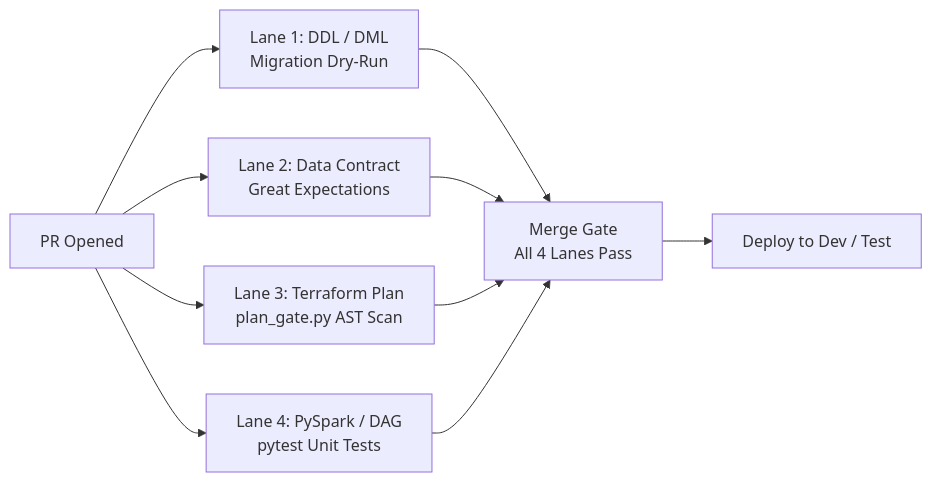
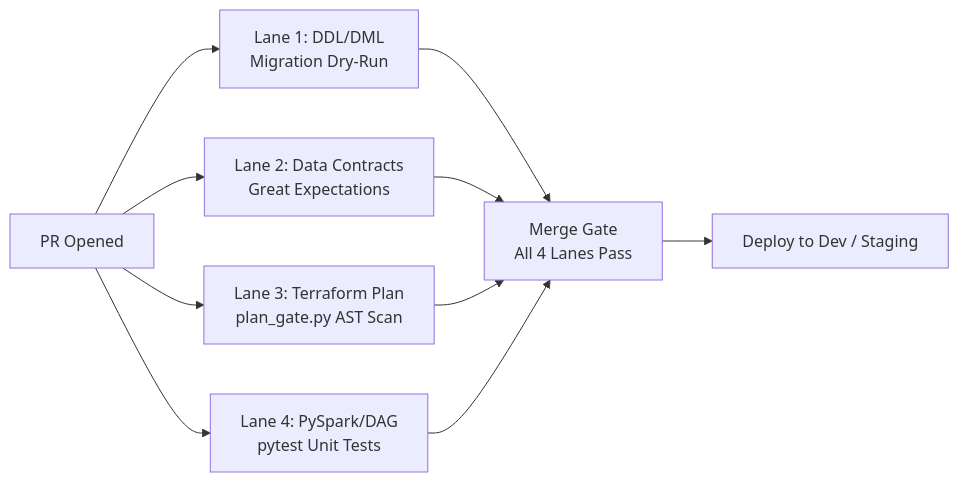
The diagram in tasks/new_prd_for_architect.md (PROGRAMMER-DUMMY/minusops), drawn with Mermaid before and after one commit. The commit also changed other lines of this file and 5 other files, not shown here.

````diff
--- a/tasks/new_prd_for_architect.md
+++ b/tasks/new_prd_for_architect.md
@@ -624,12 +241,12 @@
 ```mermaid
 graph LR
-    PR[PR Opened] --> Lane1[Lane 1: DDL / DML<br/>Migration Dry-Run]
-    PR --> Lane2[Lane 2: Data Contract<br/>Great Expectations]
+    PR[PR Opened] --> Lane1[Lane 1: DDL/DML<br/>Migration Dry-Run]
+    PR --> Lane2[Lane 2: Data Contracts<br/>Great Expectations]
     PR --> Lane3[Lane 3: Terraform Plan<br/>plan_gate.py AST Scan]
-    PR --> Lane4[Lane 4: PySpark / DAG<br/>pytest Unit Tests]
+    PR --> Lane4[Lane 4: PySpark/DAG<br/>pytest Unit Tests]
     Lane1 --> Gate[Merge Gate<br/>All 4 Lanes Pass]
     Lane2 --> Gate
     Lane3 --> Gate
     Lane4 --> Gate
-    Gate --> AutoDev[Deploy to Dev / Test]
+    Gate --> AutoDev[Deploy to Dev / Staging]
 ```
````
